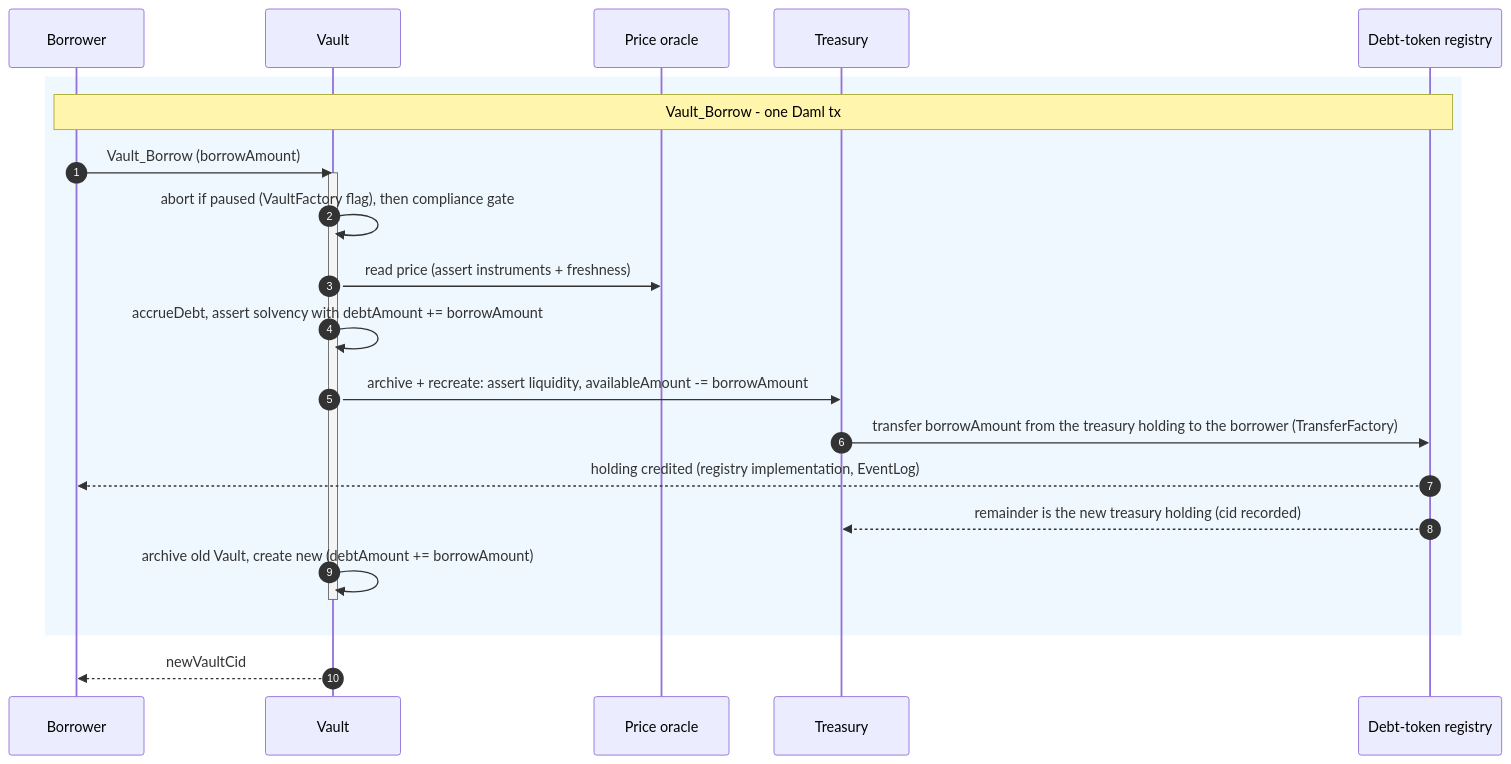
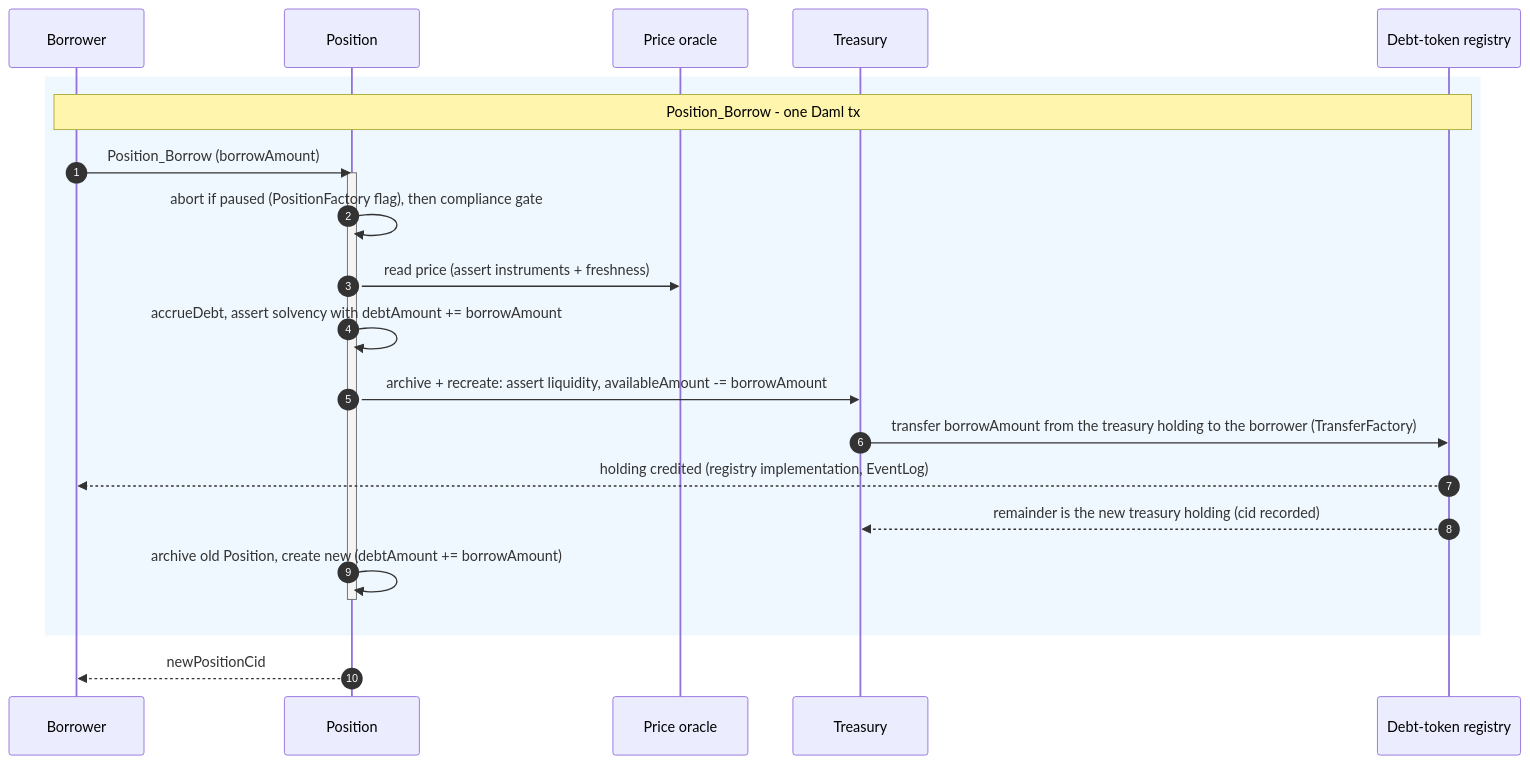
One commit to OpenZeppelin/canton-specs changed the seventh of 8 diagrams in docs/reference-architectures/lending.md. Above: the diagram before and after it, drawn with Mermaid. The commit also changed other lines of this file, not shown here.

Commit message:
Change VaultFactory and Vault to PositionFactory and Position.

````diff
--- a/docs/reference-architectures/lending.md
+++ b/docs/reference-architectures/lending.md
@@ -452,25 +447,25 @@
 ```mermaid
 sequenceDiagram
     autonumber
     participant B as Borrower
-    participant V as Vault
+    participant V as Position
     participant O as Price oracle
     participant T as Treasury
     participant R as Debt-token registry
 
     rect rgb(240, 248, 255)
-    Note over B, R: Vault_Borrow - one Daml tx
-    B->>V: Vault_Borrow (borrowAmount)
+    Note over B, R: Position_Borrow - one Daml tx
+    B->>V: Position_Borrow (borrowAmount)
     activate V
-    V->>V: abort if paused (VaultFactory flag), then compliance gate
+    V->>V: abort if paused (PositionFactory flag), then compliance gate
     V->>O: read price (assert instruments + freshness)
     V->>V: accrueDebt, assert solvency with debtAmount += borrowAmount
     V->>T: archive + recreate: assert liquidity, availableAmount -= borrowAmount
     T->>R: transfer borrowAmount from the treasury holding to the borrower (TransferFactory)
     R-->>B: holding credited (registry implementation, EventLog)
     R-->>T: remainder is the new treasury holding (cid recorded)
-    V->>V: archive old Vault, create new (debtAmount += borrowAmount)
+    V->>V: archive old Position, create new (debtAmount += borrowAmount)
     deactivate V
     end
-    V-->>B: newVaultCid
+    V-->>B: newPositionCid
 ```
````
